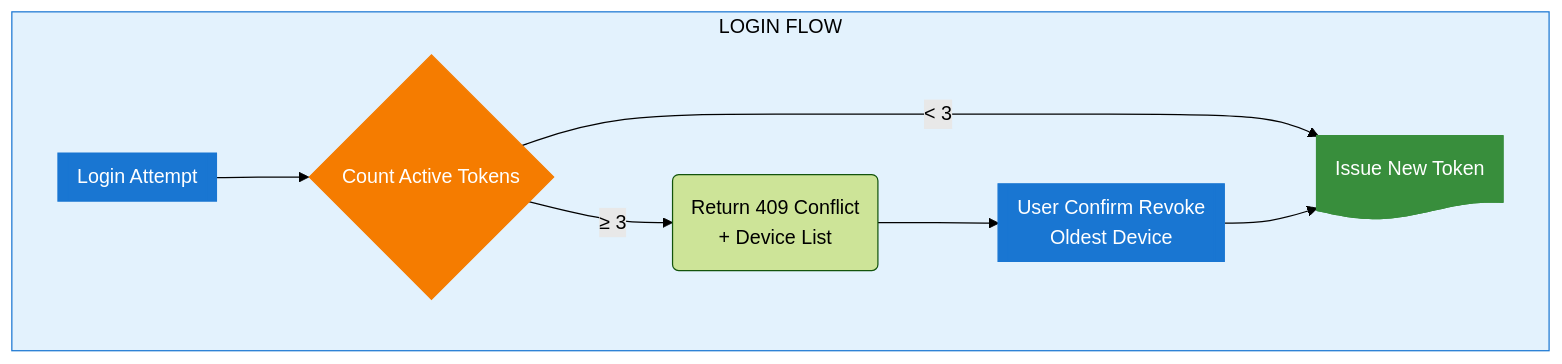
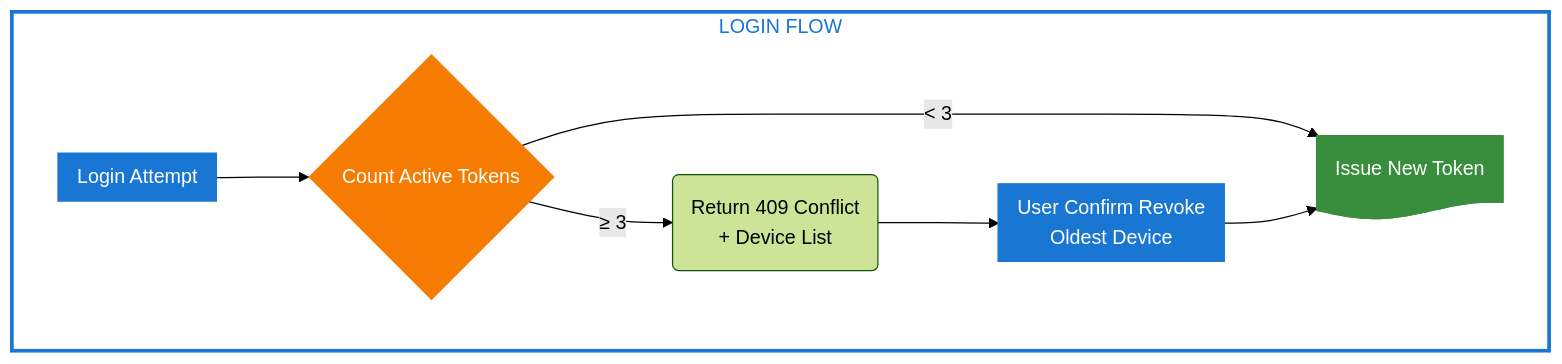
One commit to nghyane/VSTEP changed diagram 12 of 12 in docs/capstone/diagrams/flow-diagrams.vi.md. Above: the diagram before and after it, drawn with Mermaid (forest theme). The commit also changed other lines of this file, not shown here.

````diff
--- a/docs/capstone/diagrams/flow-diagrams.vi.md
+++ b/docs/capstone/diagrams/flow-diagrams.vi.md
@@ -822,28 +822,28 @@
 ```mermaid
 flowchart TB
     subgraph Login["LOGIN FLOW"]
         Attempt@{ shape: fr-rect, label: "Login Attempt" }
         Count@{ shape: diam, label: "Count Active Tokens" }
         Warn@{ shape: rounded, label: "Return 409 Conflict\n+ Device List" }
         Revoke@{ shape: fr-rect, label: "User Confirm Revoke\nOldest Device" }
         Issue@{ shape: doc, label: "Issue New Token" }
     end
 
     Attempt --> Count
     Count -->|"< 3"| Issue
     Count -->|"≥ 3"| Warn --> Revoke --> Issue
 
     %% Nodes
     classDef process fill:#1976d2,stroke:#1976d2,color:#fff
     classDef decision fill:#f57c00,stroke:#f57c00,color:#fff
     classDef success fill:#388e3c,stroke:#388e3c,color:#fff
 
     %% Box
-    classDef loginBox fill:#e3f2fd,stroke:#1976d2,color:#000
+    classDef loginBox fill:none,stroke:#1976d2,stroke-width:3px,color:#1976d2
 
     class Login loginBox
 
     class Attempt,Revoke,Issue process
     class Count decision
     class Issue success
 ```
````
